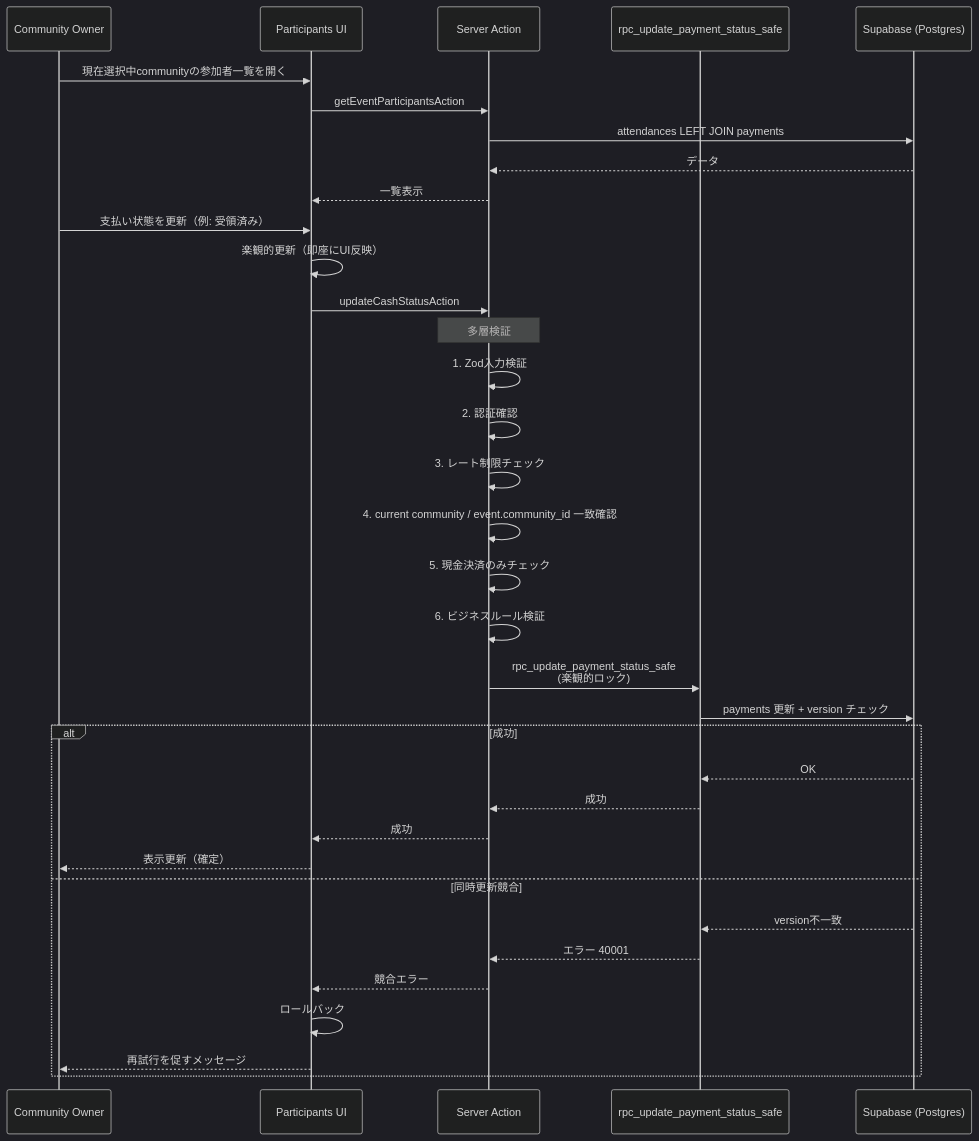
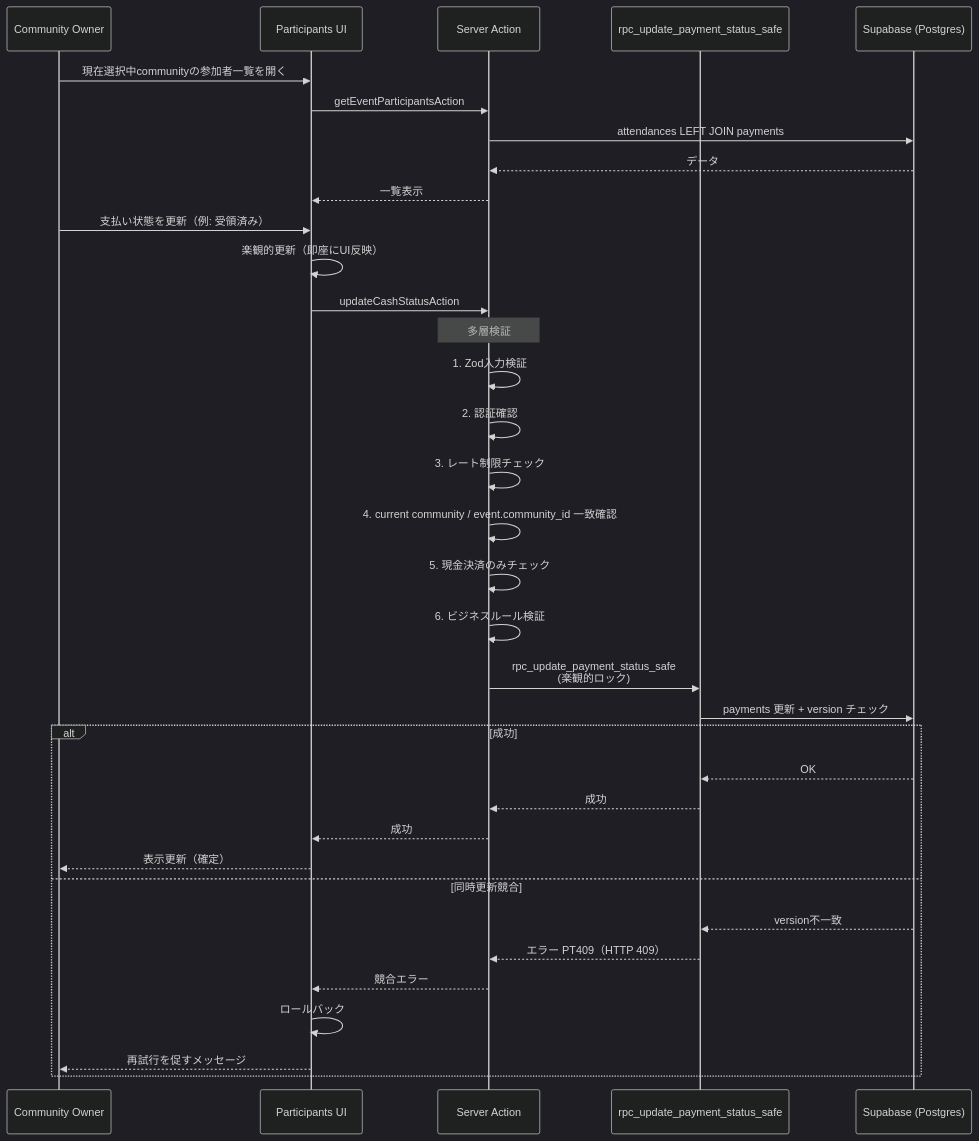
The diagram in docs/flows/cash-collection.md (rytkhs/event-pay), drawn with Mermaid (dark theme) before and after one commit. The commit also changed other lines of this file and 7 other files, not shown here.

````diff
--- a/docs/flows/cash-collection.md
+++ b/docs/flows/cash-collection.md
@@ -50,42 +50,42 @@
 ```mermaid
 sequenceDiagram
   participant Org as Community Owner
   participant UI as Participants UI
   participant App as Server Action
   participant RPC as rpc_update_payment_status_safe
   participant DB as Supabase (Postgres)
 
   Org->>UI: 現在選択中communityの参加者一覧を開く
   UI->>App: getEventParticipantsAction
   App->>DB: attendances LEFT JOIN payments
   DB-->>App: データ
   App-->>UI: 一覧表示
 
   Org->>UI: 支払い状態を更新（例: 受領済み）
   UI->>UI: 楽観的更新（即座にUI反映）
   UI->>App: updateCashStatusAction
 
   Note over App: 多層検証
   App->>App: 1. Zod入力検証
   App->>App: 2. 認証確認
   App->>App: 3. レート制限チェック
   App->>App: 4. current community / event.community_id 一致確認
   App->>App: 5. 現金決済のみチェック
   App->>App: 6. ビジネスルール検証
 
   App->>RPC: rpc_update_payment_status_safe<br/>(楽観的ロック)
   RPC->>DB: payments 更新 + version チェック
 
   alt 成功
     DB-->>RPC: OK
     RPC-->>App: 成功
     App-->>UI: 成功
     UI-->>Org: 表示更新（確定）
   else 同時更新競合
     DB-->>RPC: version不一致
-    RPC-->>App: エラー 40001
+    RPC-->>App: エラー PT409（HTTP 409）
     App-->>UI: 競合エラー
     UI->>UI: ロールバック
     UI-->>Org: 再試行を促すメッセージ
   end
 ```
````
